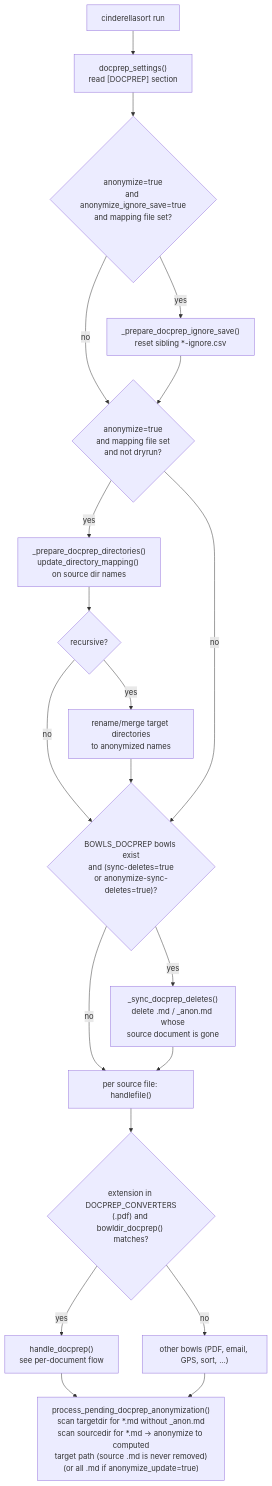
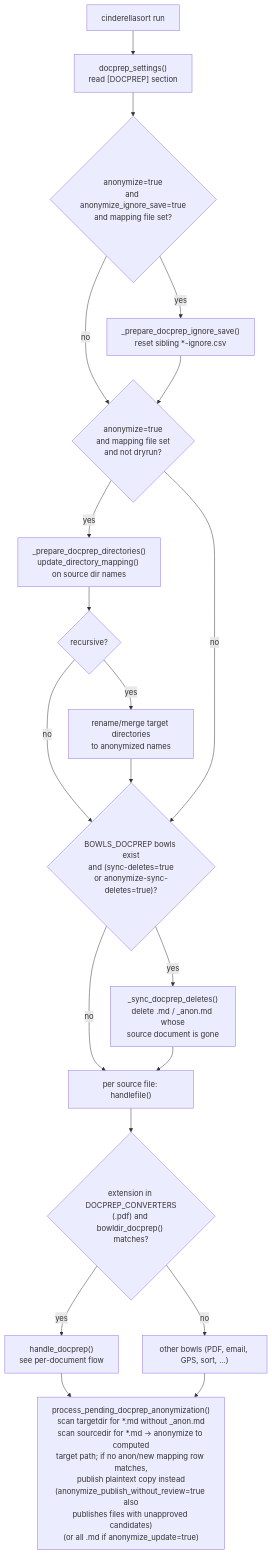
One commit to ManfredWisniewski/wit_pytools changed the first of 3 diagrams in README_cinderallasort-flow.md. Above: the diagram before and after it, drawn with Mermaid. The commit also changed other lines of this file and 4 other files, not shown here.

Commit message:
cinderellasort: add anonymize_publish_without_review option to publish source markdown with unapproved candidates and plaintext-copy fallback when no mapping matches

````diff
--- a/README_cinderallasort-flow.md
+++ b/README_cinderallasort-flow.md
@@ -8,23 +8,23 @@
 ```mermaid
 flowchart TD
     A["cinderellasort run"] --> B["docprep_settings()<br/>read [DOCPREP] section"]
     B --> C{"anonymize=true<br/>and anonymize_ignore_save=true<br/>and mapping file set?"}
     C -- yes --> D["_prepare_docprep_ignore_save()<br/>reset sibling *-ignore.csv"]
     C -- no --> E
     D --> E{"anonymize=true<br/>and mapping file set<br/>and not dryrun?"}
     E -- yes --> F["_prepare_docprep_directories()<br/>update_directory_mapping() on source dir names"]
     F --> G{"recursive?"}
     G -- yes --> H["rename/merge target directories<br/>to anonymized names"]
     G -- no --> I
     H --> I
     E -- no --> I
     I{"BOWLS_DOCPREP bowls exist<br/>and (sync-deletes=true<br/>or anonymize-sync-deletes=true)?"}
     I -- yes --> J["_sync_docprep_deletes()<br/>delete .md / _anon.md whose<br/>source document is gone"]
     I -- no --> K
     J --> K["per source file: handlefile()"]
     K --> L{"extension in DOCPREP_CONVERTERS<br/>(.pdf) and bowldir_docprep() matches?"}
     L -- yes --> M["handle_docprep()<br/>see per-document flow"]
     L -- no --> N["other bowls (PDF, email, GPS, sort, ...)"]
-    M --> O["process_pending_docprep_anonymization()<br/>scan targetdir for *.md without _anon.md<br/>scan sourcedir for *.md → anonymize to computed<br/>target path (source .md is never removed)<br/>(or all .md if anonymize_update=true)"]
+    M --> O["process_pending_docprep_anonymization()<br/>scan targetdir for *.md without _anon.md<br/>scan sourcedir for *.md → anonymize to computed<br/>target path; if no anon/new mapping row matches,<br/>publish plaintext copy instead<br/>(anonymize_publish_without_review=true also<br/>publishes files with unapproved candidates)<br/>(or all .md if anonymize_update=true)"]
     N --> O
 ```
````
